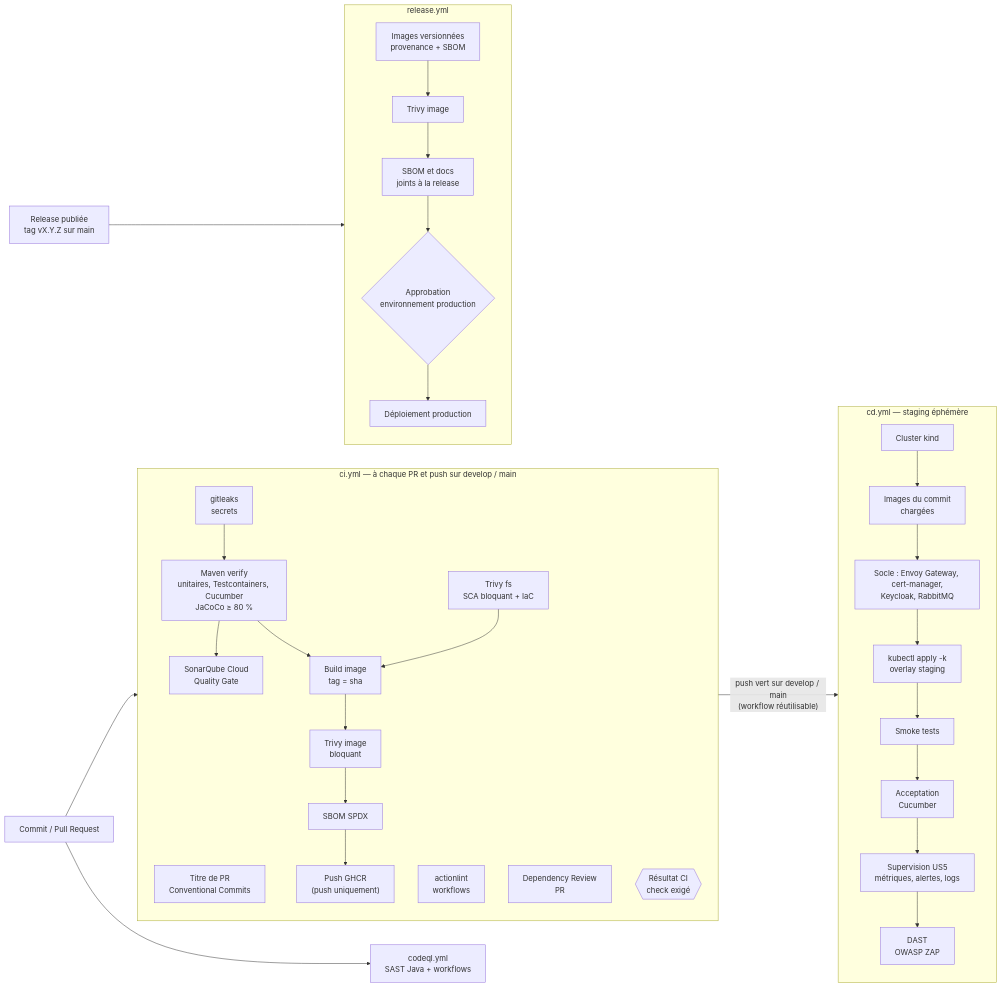
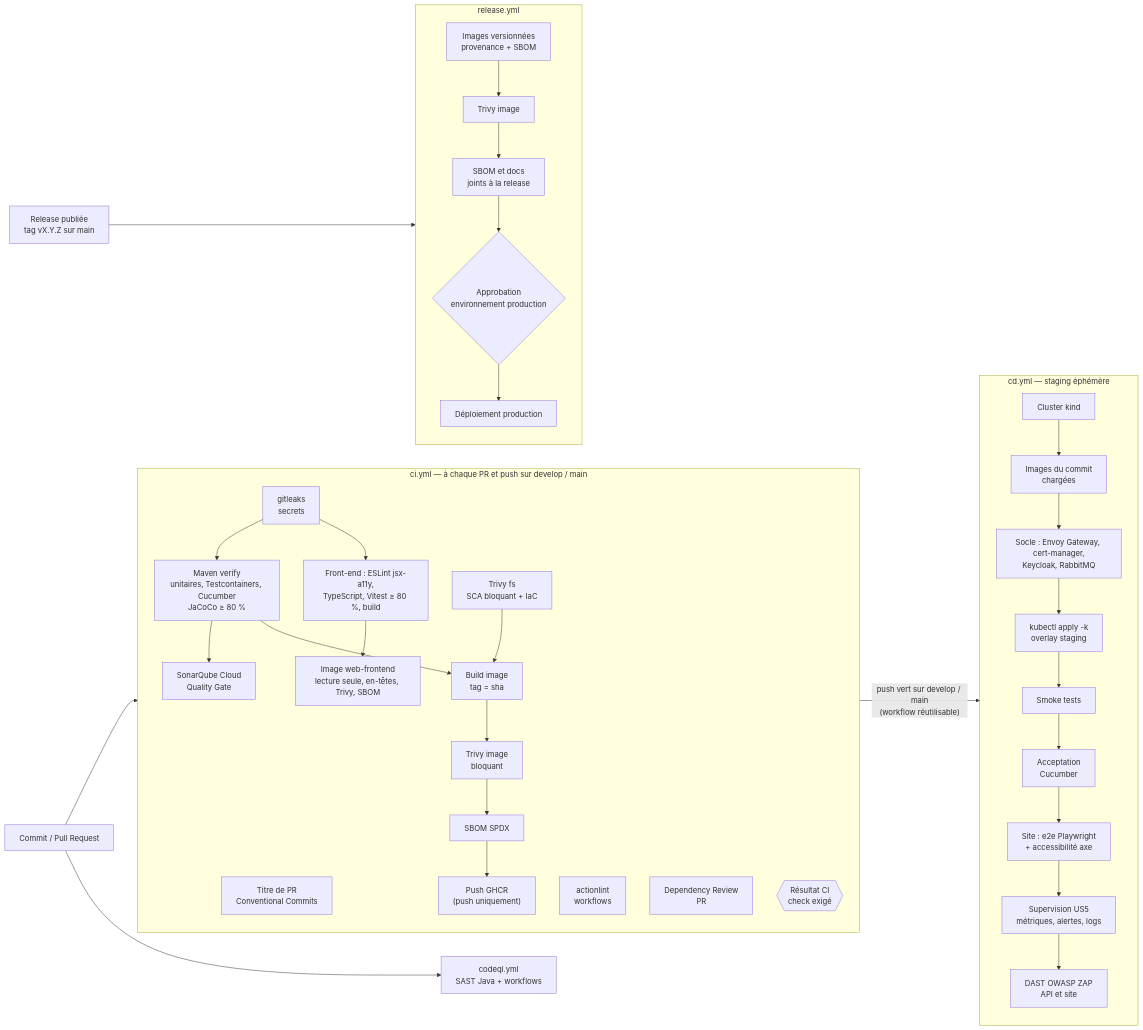
One commit to mbanzaroger/petitemaisonepouvante changed the diagram in docs/02-cicd-pipeline.md. Above: the diagram before and after it, drawn with Mermaid. The commit also changed other lines of this file and 15 other files, not shown here.

First line of the commit message:
docs: ADR-002 révisé et documentation du site web (architecture, pipeline, tests, sécurité)

````diff
--- a/docs/02-cicd-pipeline.md
+++ b/docs/02-cicd-pipeline.md
@@ -7,34 +7,37 @@
 ```mermaid
 flowchart LR
     DEV["Commit / Pull Request"] --> CI
     subgraph CI["ci.yml — à chaque PR et push sur develop / main"]
         direction TB
         C0["Titre de PR<br/>Conventional Commits"]
         C1["actionlint<br/>workflows"]
         C2["gitleaks<br/>secrets"]
         C3["Trivy fs<br/>SCA bloquant + IaC"]
         C4["Dependency Review<br/>PR"]
         C5["Maven verify<br/>unitaires, Testcontainers, Cucumber<br/>JaCoCo ≥ 80 %"]
         C6["SonarQube Cloud<br/>Quality Gate"]
         C7["Build image<br/>tag = sha"]
         C8["Trivy image<br/>bloquant"]
         C9["SBOM SPDX"]
         C10["Push GHCR<br/>(push uniquement)"]
+        F1["Front-end : ESLint jsx-a11y,<br/>TypeScript, Vitest ≥ 80 %, build"]
+        F2["Image web-frontend<br/>lecture seule, en-têtes, Trivy, SBOM"]
         C2 --> C5 --> C6
+        C2 --> F1 --> F2
         C3 --> C7
         C5 --> C7 --> C8 --> C9 --> C10
         OK{{"Résultat CI<br/>check exigé"}}
     end
     DEV --> Q["codeql.yml<br/>SAST Java + workflows"]
     CI -->|"push vert sur develop / main<br/>(workflow réutilisable)"| CD
     subgraph CD["cd.yml — staging éphémère"]
         direction TB
-        D1["Cluster kind"] --> D2["Images du commit<br/>chargées"] --> D3["Socle : Envoy Gateway, cert-manager,<br/>Keycloak, RabbitMQ"] --> D4["kubectl apply -k<br/>overlay staging"] --> D5["Smoke tests"] --> D7["Acceptation<br/>Cucumber"] --> D8["Supervision US5<br/>métriques, alertes, logs"] --> D6["DAST<br/>OWASP ZAP"]
+        D1["Cluster kind"] --> D2["Images du commit<br/>chargées"] --> D3["Socle : Envoy Gateway, cert-manager,<br/>Keycloak, RabbitMQ"] --> D4["kubectl apply -k<br/>overlay staging"] --> D5["Smoke tests"] --> D7["Acceptation<br/>Cucumber"] --> D9["Site : e2e Playwright<br/>+ accessibilité axe"] --> D8["Supervision US5<br/>métriques, alertes, logs"] --> D6["DAST OWASP ZAP<br/>API et site"]
     end
     REL["Release publiée<br/>tag vX.Y.Z sur main"] --> R
     subgraph R["release.yml"]
         direction TB
         R1["Images versionnées<br/>provenance + SBOM"] --> R2["Trivy image"] --> R3["SBOM et docs<br/>joints à la release"]
         R3 --> R4{"Approbation<br/>environnement production"} --> R5["Déploiement production"]
     end
 ```
````
